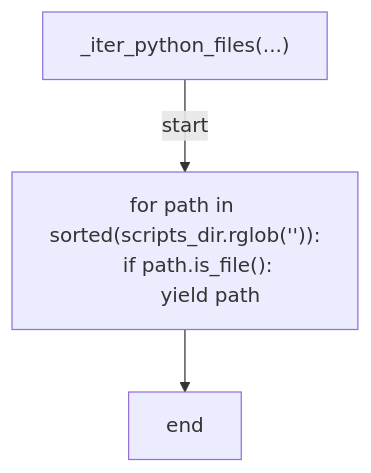
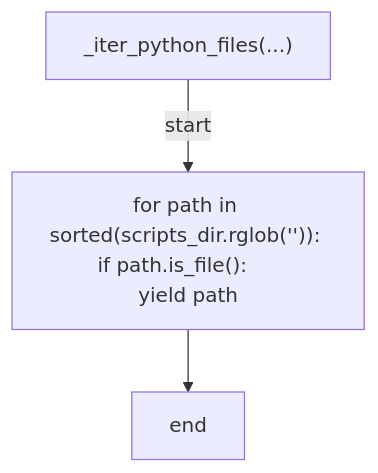
Before and after one commit to tvna/claude-md: the fifth of 7 diagrams in docs/generated/scripts/ast/scan_maintainability_metrics.md, drawn with Mermaid. The commit also changed other lines of this file and 29 other files, not shown here.

First line of the commit message:
docs(generated): regenerate decision tree and workflow diagrams (batch 3/5)

````diff
--- a/docs/generated/scripts/ast/scan_maintainability_metrics.md
+++ b/docs/generated/scripts/ast/scan_maintainability_metrics.md
@@ -51,10 +51,8 @@
 ```mermaid
 flowchart TD
     N001["_iter_python_files(...)"]
-    N002["for path in sorted(scripts_dir.rglob('<str>')):
-    if path.is_file():
-        yield path"]
+    N002["for path in sorted(scripts_dir.rglob('<str>')):     if path.is_file():         yield path"]
     N003["end"]
     N001 -->|"start"| N002
     N002 --> N003
 ```
````
